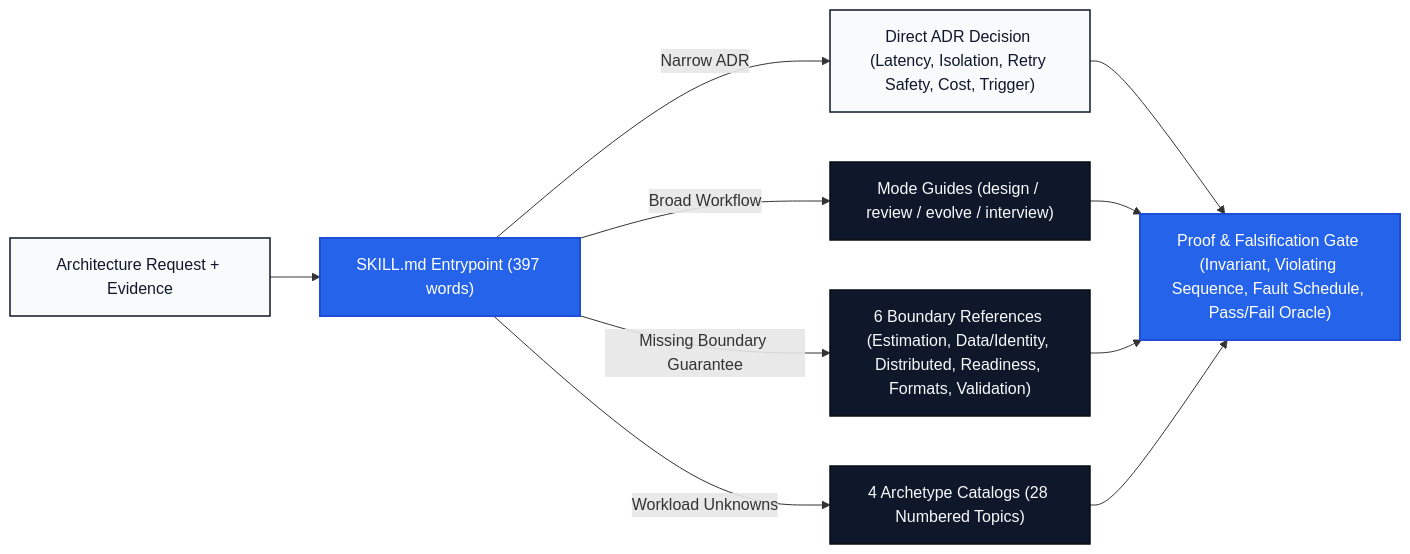
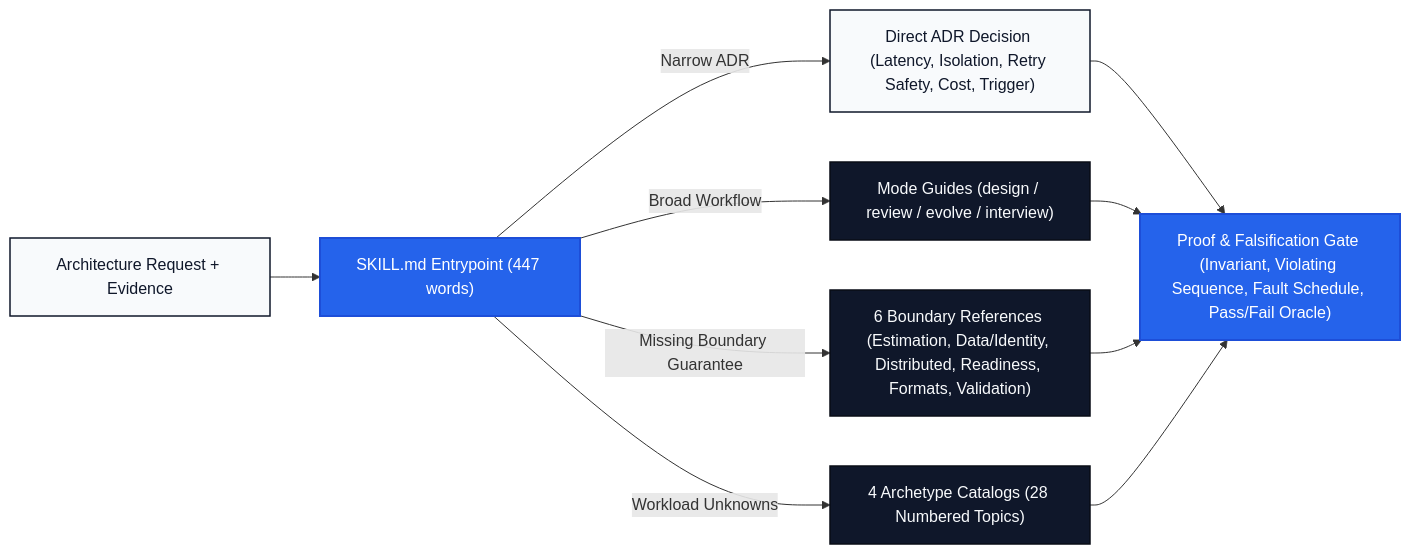
The diagram in README.md (Woffluon/system-design-compass), drawn with Mermaid before and after one commit. The commit also changed other lines of this file and 6 other files, not shown here.

````diff
--- a/README.md
+++ b/README.md
@@ -91,15 +91,15 @@
 ```mermaid
 flowchart LR
     classDef navy fill:#0f172a,stroke:#090d16,color:#f8fafc,stroke-width:1.5px
     classDef cobalt fill:#2563eb,stroke:#1d4ed8,color:#ffffff,stroke-width:2px
     classDef slate fill:#f8fafc,stroke:#0f172a,color:#0f172a,stroke-width:1.5px
 
-    Req["Architecture Request + Evidence"]:::slate --> Entry["SKILL.md Entrypoint (397 words)"]:::cobalt
+    Req["Architecture Request + Evidence"]:::slate --> Entry["SKILL.md Entrypoint (447 words)"]:::cobalt
 
     Entry -->|"Narrow ADR"| Narrow["Direct ADR Decision (Latency, Isolation, Retry Safety, Cost, Trigger)"]:::slate
     Entry -->|"Broad Workflow"| Modes["Mode Guides (design / review / evolve / interview)"]:::navy
     Entry -->|"Missing Boundary Guarantee"| Bounds["6 Boundary References (Estimation, Data/Identity, Distributed, Readiness, Formats, Validation)"]:::navy
     Entry -->|"Workload Unknowns"| Arch["4 Archetype Catalogs (28 Numbered Topics)"]:::navy
 
     Narrow & Modes & Bounds & Arch --> Gate["Proof & Falsification Gate (Invariant, Violating Sequence, Fault Schedule, Pass/Fail Oracle)"]:::cobalt
 ```
````
